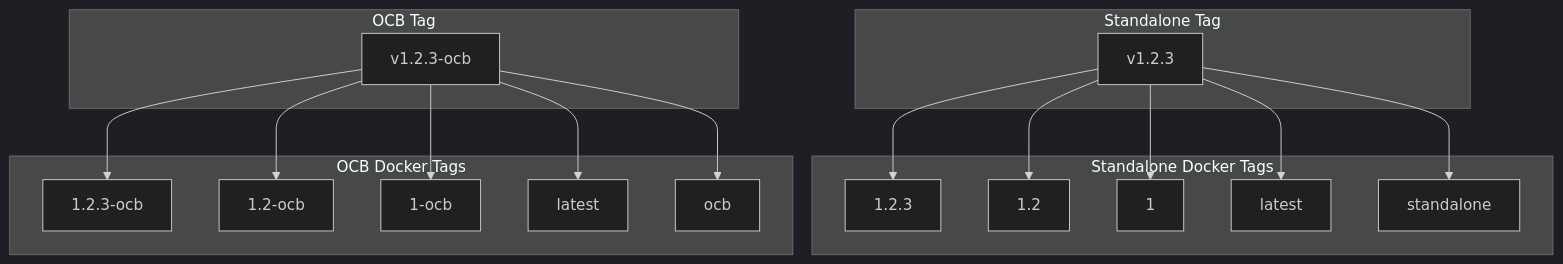
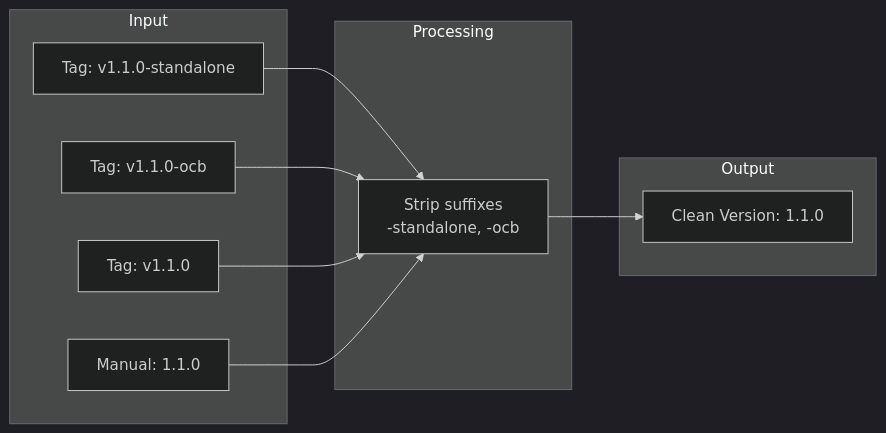
One commit to telemetryflow/telemetryflow-collector changed diagram 14 of 21 in docs/GITHUB-WORKFLOWS.md. Above: the diagram before and after it, drawn with Mermaid (dark theme). The commit also changed other lines of this file and 35 other files, not shown here.

Commit message:
Refactoring TFO-Collector Standalone capabilities and add more addons component to TFO-Collector OCB

````diff
--- a/docs/GITHUB-WORKFLOWS.md
+++ b/docs/GITHUB-WORKFLOWS.md
@@ -476,38 +510,23 @@
 ```mermaid
-flowchart TD
-    subgraph "Standalone Tag"
-        ST[v1.2.3]
+flowchart LR
+    subgraph "Input"
+        I1[Tag: v1.1.0-standalone]
+        I2[Tag: v1.1.0-ocb]
+        I3[Tag: v1.1.0]
+        I4[Manual: 1.1.0]
     end
 
-    subgraph "OCB Tag"
-        OT[v1.2.3-ocb]
+    subgraph "Processing"
+        P[Strip suffixes<br/>-standalone, -ocb]
     end
 
-    subgraph "Standalone Docker Tags"
-        SD1[1.2.3]
-        SD2[1.2]
-        SD3[1]
-        SD4[latest]
-        SD5[standalone]
+    subgraph "Output"
+        O[Clean Version: 1.1.0]
     end
 
-    subgraph "OCB Docker Tags"
-        OD1[1.2.3-ocb]
-        OD2[1.2-ocb]
-        OD3[1-ocb]
-        OD4[latest]
-        OD5[ocb]
-    end
-
-    ST --> SD1
-    ST --> SD2
-    ST --> SD3
-    ST --> SD4
-    ST --> SD5
-
-    OT --> OD1
-    OT --> OD2
-    OT --> OD3
-    OT --> OD4
-    OT --> OD5
+    I1 --> P
+    I2 --> P
+    I3 --> P
+    I4 --> P
+    P --> O
 ```
````
